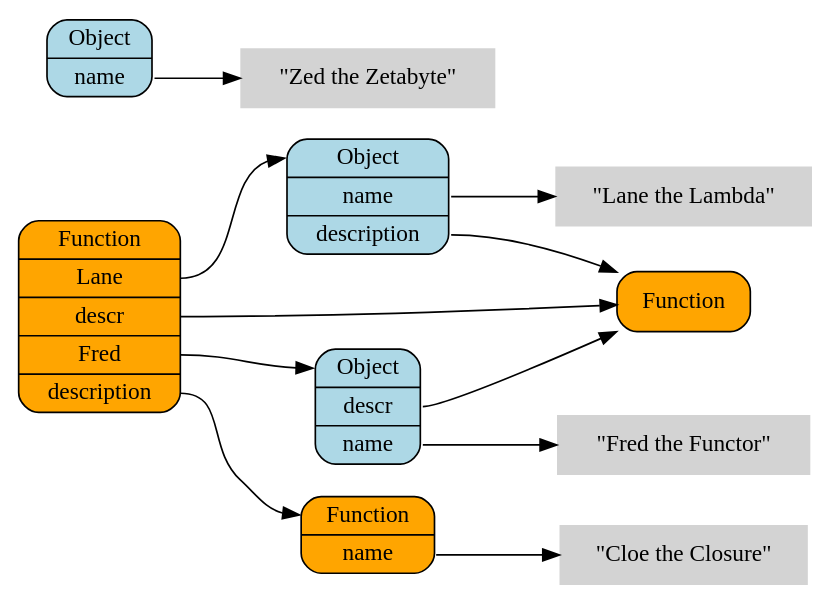
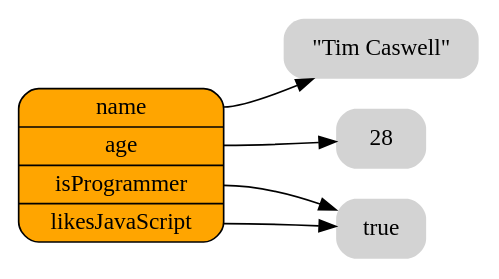
Before and after one commit to creationix/howtonode.org: the diagram in articles/object-graphs/variables.dot, drawn with Graphviz. The commit also changed 5 other files, not shown here.

```diff
--- a/articles/object-graphs/variables.dot
+++ b/articles/object-graphs/variables.dot
@@ -1,40 +1,18 @@
 digraph finite_state_machine {
 	size="8,5"
 	rankdir = "LR"
 
-  /* Variables */
-/*
-  node [shape = plaintext];
-  description
-  Lane
-  Fred
-  descr
-*/
   /* Functions */
   node [shape = Mrecord, fillcolor=orange, style=filled];
-  global [label="<__proto__>Function|<Lane>Lane|<descr>descr|<Fred>Fred|<description>description"];
-  fn1 [label="<__proto__>Function"];
-  fn2 [label = "<__proto__>Function|<name>name"];
-  /* Objects */
-  node [shape = Mrecord, fillcolor=lightBlue, style=filled];
-  obj1 [label = "<__proto__>Object|<name>name | <description> description"];
-  obj2 [label = "<__proto__>Object|<descr> descr | <name>name"];
-  obj3 [label = "<__proto__>Object|<name>name"];
-  /* Strings */
-  node [shape = plaintext, fillcolor=lightGrey, style=filled];
-  name [label="\"Lane the Lambda\""]
-  name2 [label="\"Fred the Functor\""]
-  name3 [label="\"Zed the Zetabyte\""]
-  name4 [label="\"Cloe the Closure\""]
-
-  global:Lane -> obj1:__proto__;
-  obj1:name -> name;
-  obj1:description -> fn1;
-  global:Fred -> obj2:__proto__;
-  obj2:name -> name2;
-  obj2:descr -> fn1:__proto__;
-  obj3:name -> name3;
-  global:descr -> fn1:__proto__;
-  global:description -> fn2:__proto__;
-  fn2:name -> name4;
+  global [label="<name>name|<age>age|<isProgrammer>isProgrammer|<likesJavaScript>likesJavaScript"];
+  /* Literals */
+  node [shape = plaintext, fillcolor=lightGrey, style="filled,rounded"];
+  timcaswell [label="\"Tim Caswell\""]
+  n28 [label="28"]
+  true [label="true"]
+  global:name -> timcaswell;
+  global:age -> n28;
+  global:isProgrammer -> true;
+  global:likesJavaScript -> true;
+  
 }
```
